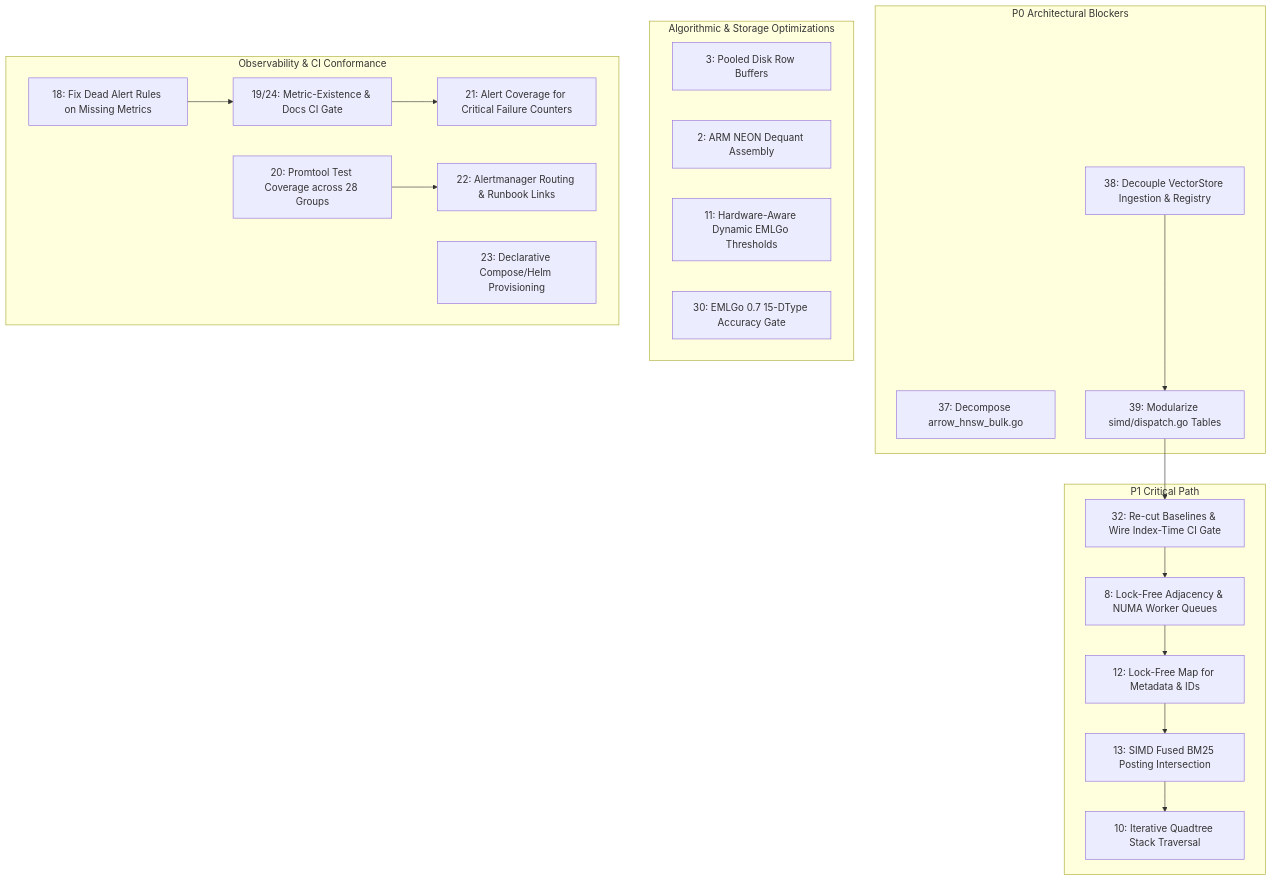
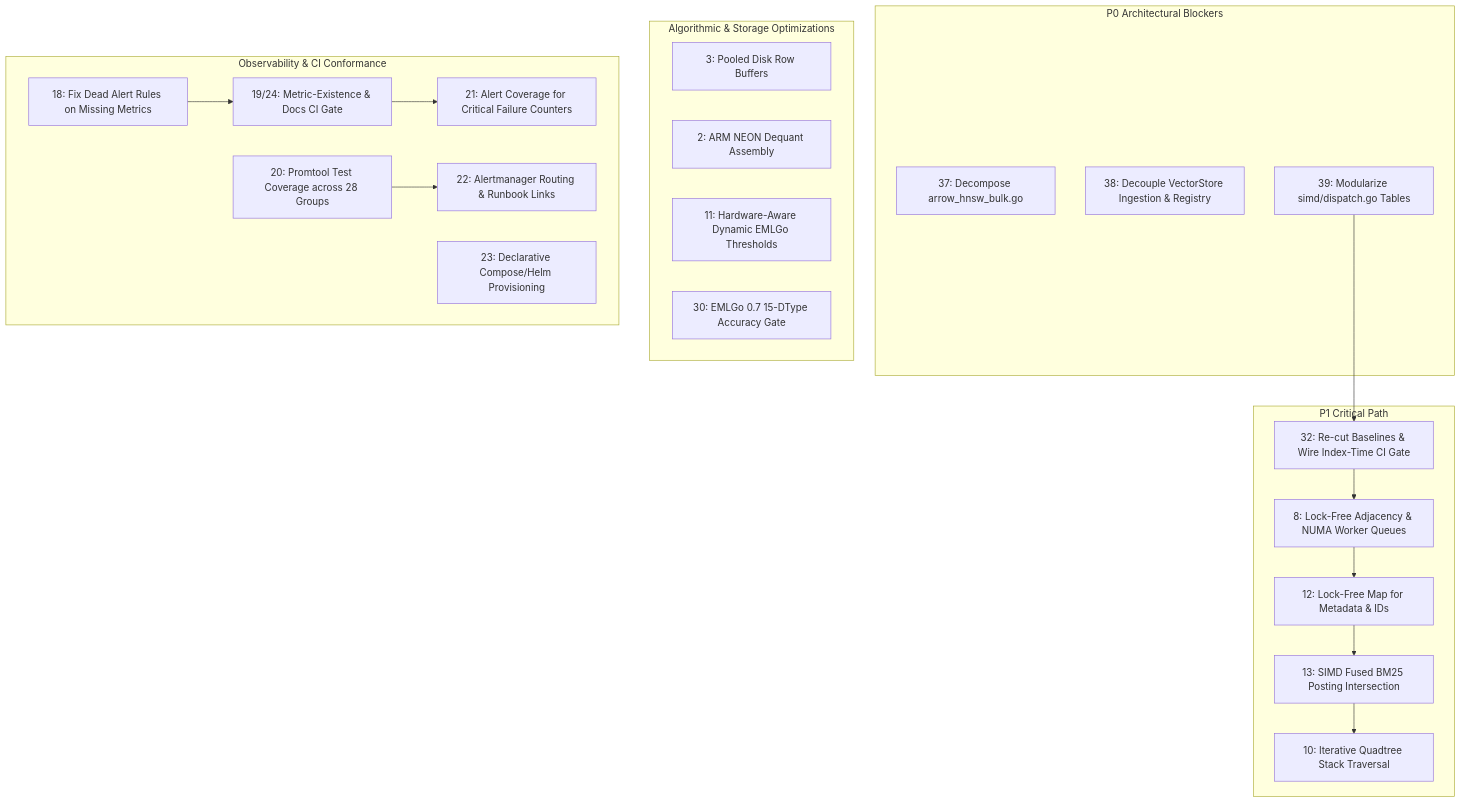
Before and after one commit to 23skdu/longbow: the diagram in docs/roadmap.md, drawn with Mermaid. The commit also changed other lines of this file and 4 other files, not shown here.

````diff
--- a/docs/roadmap.md
+++ b/docs/roadmap.md
@@ -21,39 +21,38 @@
 ```mermaid
 graph TD
     subgraph P0["P0 Architectural Blockers"]
         I37["37: Decompose arrow_hnsw_bulk.go"]
         I38["38: Decouple VectorStore Ingestion & Registry"]
         I39["39: Modularize simd/dispatch.go Tables"]
     end
     subgraph P1["P1 Critical Path"]
         I32["32: Re-cut Baselines & Wire Index-Time CI Gate"]
         I8["8: Lock-Free Adjacency & NUMA Worker Queues"]
         I12["12: Lock-Free Map for Metadata & IDs"]
         I13["13: SIMD Fused BM25 Posting Intersection"]
         I10["10: Iterative Quadtree Stack Traversal"]
     end
     subgraph P2["Algorithmic & Storage Optimizations"]
         I3["3: Pooled Disk Row Buffers"]
         I2["2: ARM NEON Dequant Assembly"]
         I11["11: Hardware-Aware Dynamic EMLGo Thresholds"]
         I30["30: EMLGo 0.7 15-DType Accuracy Gate"]
     end
     subgraph P3["Observability & CI Conformance"]
         I18["18: Fix Dead Alert Rules on Missing Metrics"]
         I19["19/24: Metric-Existence & Docs CI Gate"]
         I21["21: Alert Coverage for Critical Failure Counters"]
         I20["20: Promtool Test Coverage across 28 Groups"]
         I22["22: Alertmanager Routing & Runbook Links"]
         I23["23: Declarative Compose/Helm Provisioning"]
     end
 
-    I38 --> I39
     I39 --> I32
     I32 --> I8
     I8 --> I12
     I12 --> I13
     I13 --> I10
     I18 --> I19
     I19 --> I21
     I20 --> I22
 ```
````
